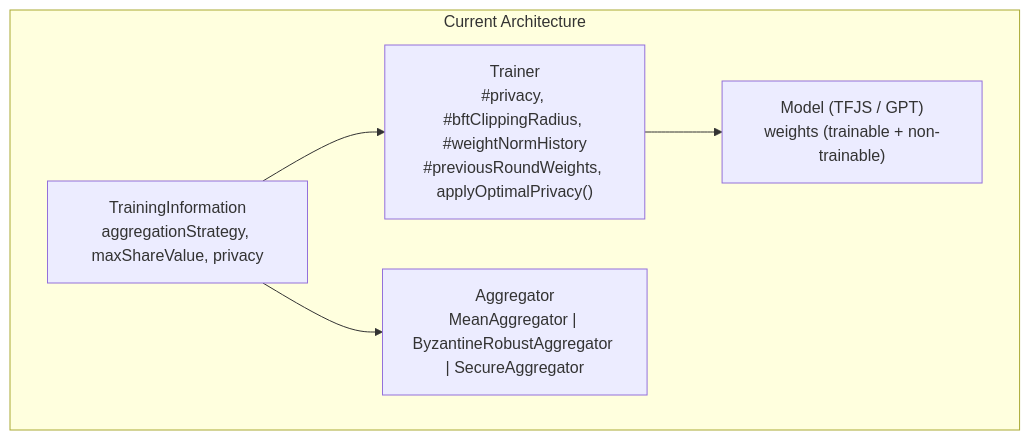
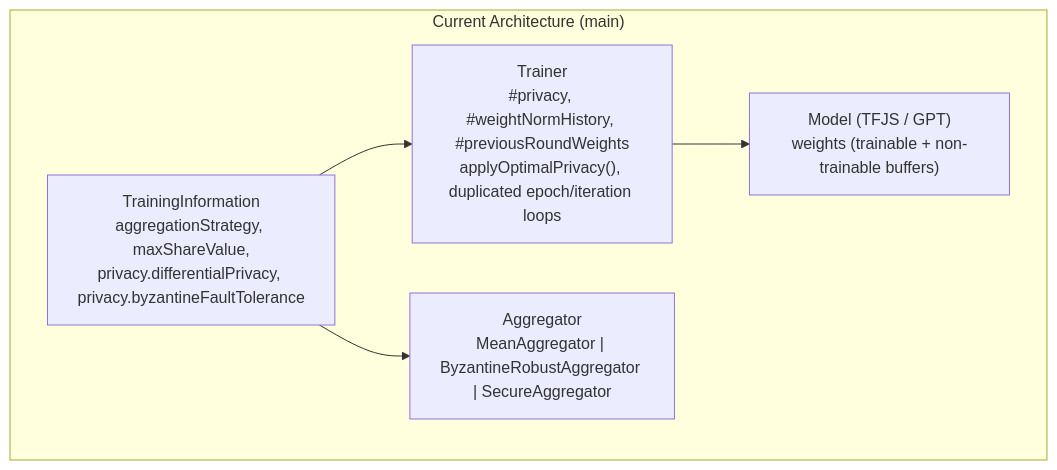
Before and after one commit to epfml/disco: the first of 3 diagrams in docs/TRAINING_ARCHITECTURE.md, drawn with Mermaid. The commit also changed other lines of this file, not shown here.

Commit message:
docs: refine architecture with unified TrainingHook and autograd loss hooks

````diff
--- a/docs/TRAINING_ARCHITECTURE.md
+++ b/docs/TRAINING_ARCHITECTURE.md
@@ -13,13 +16,13 @@
 ```mermaid
 flowchart TD
-    subgraph Current["Current Architecture"]
-        TI["TrainingInformation<br/>aggregationStrategy, maxShareValue, privacy"]
-        TR["Trainer<br/>#privacy, #bftClippingRadius, #weightNormHistory<br/>#previousRoundWeights, applyOptimalPrivacy()"]
+    subgraph Current["Current Architecture (main)"]
+        TI["TrainingInformation<br/>aggregationStrategy, maxShareValue,<br/>privacy.differentialPrivacy, privacy.byzantineFaultTolerance"]
+        TR["Trainer<br/>#privacy, #weightNormHistory, #previousRoundWeights<br/>applyOptimalPrivacy(), duplicated epoch/iteration loops"]
         AGG["Aggregator<br/>MeanAggregator | ByzantineRobustAggregator | SecureAggregator"]
-        MDL["Model (TFJS / GPT)<br/>weights (trainable + non-trainable)"]
+        MDL["Model (TFJS / GPT)<br/>weights (trainable + non-trainable buffers)"]
 
         TI --> TR
         TI --> AGG
         TR --> MDL
     end
 ```
````
